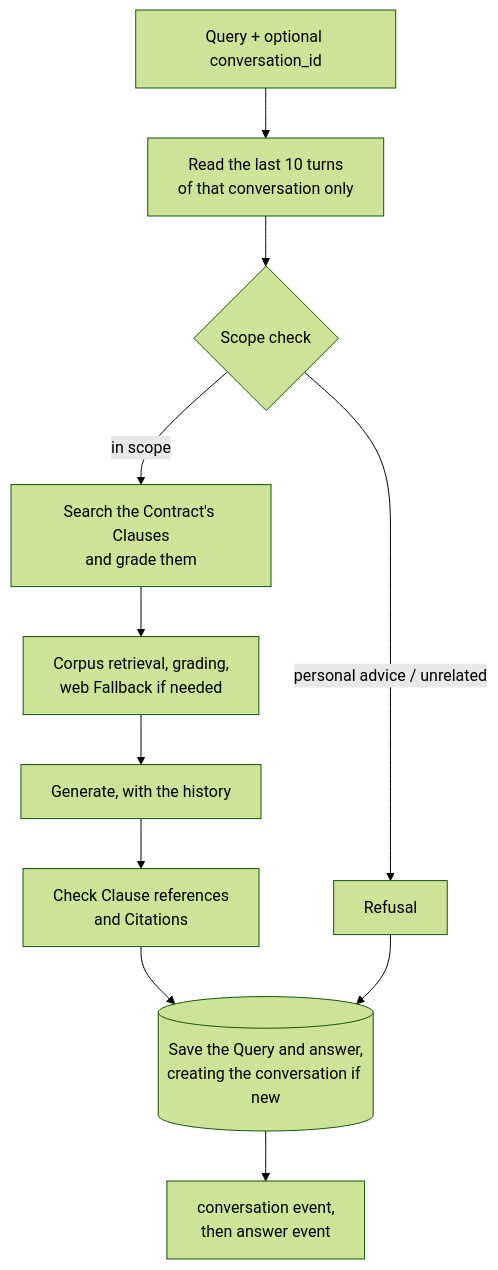
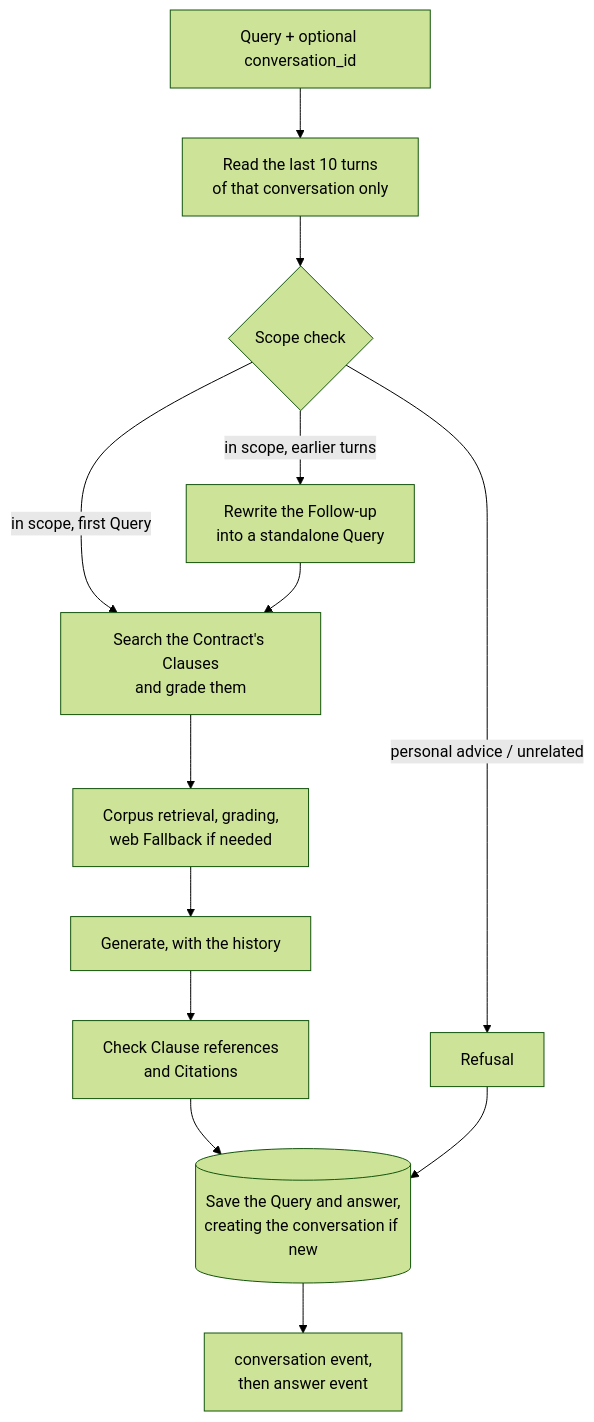
Before and after one commit to saaddalvi/LegalLens: the third of 3 diagrams in DATA_FLOW.md, drawn with Mermaid (forest theme). The commit also changed other lines of this file and 11 other files, not shown here.

First line of the commit message:
Rewrite Follow-ups before retrieval, keeping the rewrite off the web

````diff
--- a/DATA_FLOW.md
+++ b/DATA_FLOW.md
@@ -233,13 +233,15 @@
 ```mermaid
 flowchart TD
     A[Query + optional conversation_id] --> H[Read the last 10 turns<br/>of that conversation only]
     H --> S{Scope check}
     S -->|personal advice / unrelated| R[Refusal]
-    S -->|in scope| C[Search the Contract's Clauses<br/>and grade them]
+    S -->|in scope, earlier turns| F[Rewrite the Follow-up<br/>into a standalone Query]
+    S -->|in scope, first Query| C[Search the Contract's Clauses<br/>and grade them]
+    F --> C
     C --> L[Corpus retrieval, grading,<br/>web Fallback if needed]
     L --> G[Generate, with the history]
     G --> V[Check Clause references<br/>and Citations]
     V --> SAVE
     R --> SAVE[(Save the Query and answer,<br/>creating the conversation if new)]
     SAVE --> OUT[conversation event,<br/>then answer event]
 ```
````
